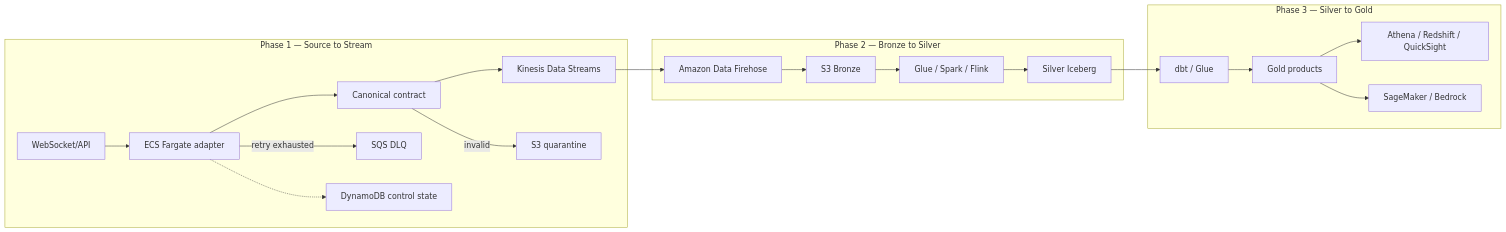
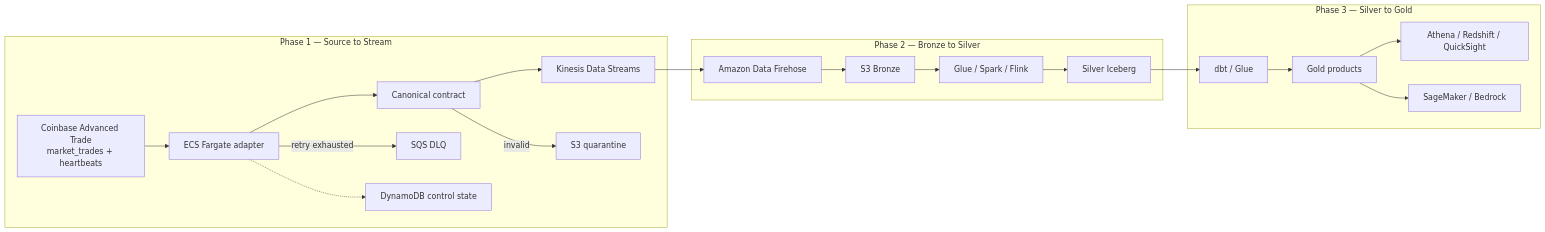
Before and after one commit to PARESHRANJAN299/Data_Architecture_Engineering_2026_Paresh: the second of 2 diagrams in 10_Projects_Portfolio/LCA_Governed_Source_to_Gold_Streaming_AI_Data_Platform/docs/02-target-architecture.md, drawn with Mermaid. The commit also changed other lines of this file and 13 other files, not shown here.

````diff
--- a/10_Projects_Portfolio/LCA_Governed_Source_to_Gold_Streaming_AI_Data_Platform/docs/02-target-architecture.md
+++ b/10_Projects_Portfolio/LCA_Governed_Source_to_Gold_Streaming_AI_Data_Platform/docs/02-target-architecture.md
@@ -21,25 +21,25 @@
 ```mermaid
 flowchart LR
     subgraph P1[Phase 1 — Source to Stream]
-      S[WebSocket/API] --> F[ECS Fargate adapter]
+      S[Coinbase Advanced Trade<br/>market_trades + heartbeats] --> F[ECS Fargate adapter]
       F --> C[Canonical contract]
       C --> K[Kinesis Data Streams]
       C -->|invalid| Q[S3 quarantine]
       F -->|retry exhausted| D[SQS DLQ]
       F -.-> M[DynamoDB control state]
     end
 
     subgraph P2[Phase 2 — Bronze to Silver]
       K --> H[Amazon Data Firehose]
       H --> B[S3 Bronze]
       B --> X[Glue / Spark / Flink]
       X --> I[Silver Iceberg]
     end
 
     subgraph P3[Phase 3 — Silver to Gold]
       I --> T[dbt / Glue]
       T --> G[Gold products]
       G --> AN[Athena / Redshift / QuickSight]
       G --> AI[SageMaker / Bedrock]
     end
 ```
````
